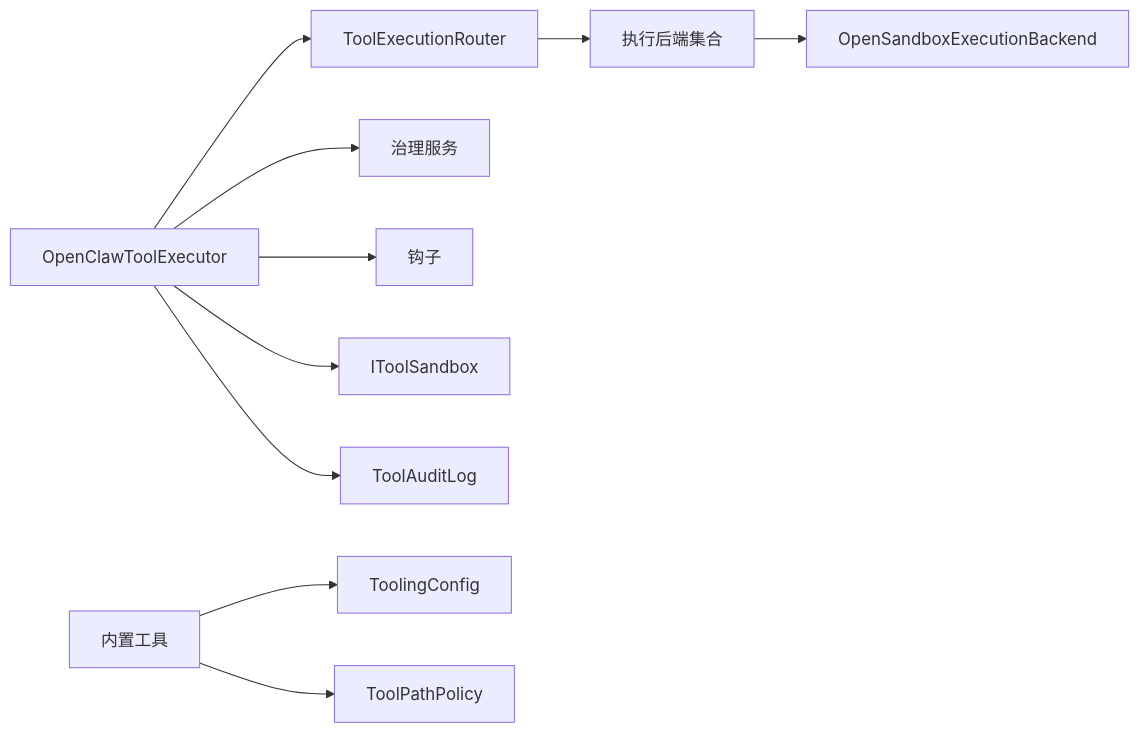
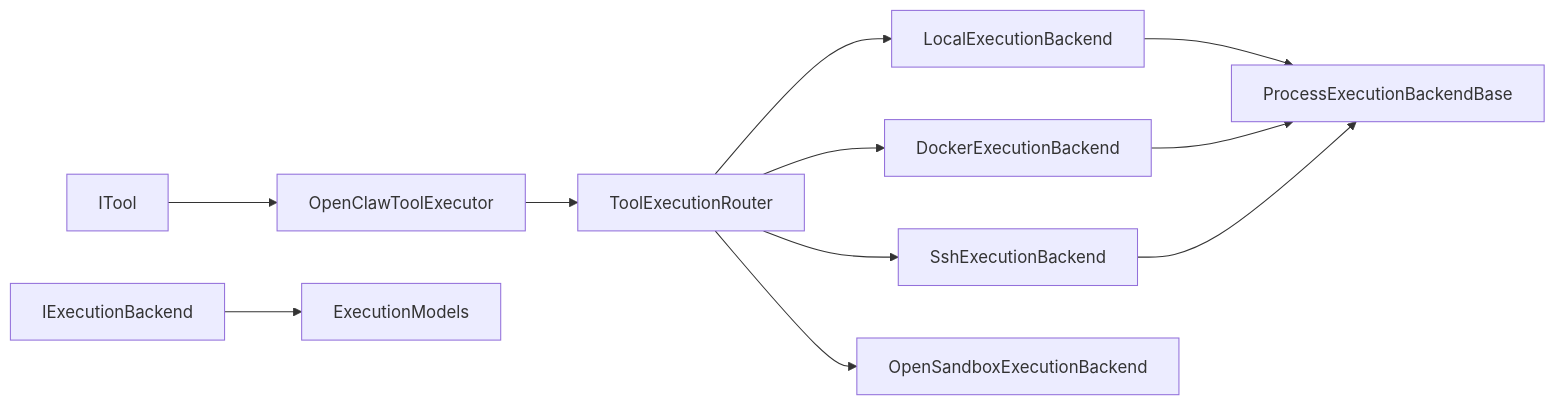
Before and after one commit to wayyet/kingcrab: the seventh of 7 diagrams in .qoder/repowiki/zh/content/工具系统/工具系统.md, drawn with Mermaid. The commit also changed other lines of this file and 173 other files, not shown here.

````diff
--- a/.qoder/repowiki/zh/content/工具系统/工具系统.md
+++ b/.qoder/repowiki/zh/content/工具系统/工具系统.md
@@ -370,12 +368,13 @@
 ```mermaid
 graph LR
-Executor["OpenClawToolExecutor"] --> Router["ToolExecutionRouter"]
-Executor --> Governance["治理服务"]
-Executor --> Hooks["钩子"]
-Executor --> Sandbox["IToolSandbox"]
-Executor --> Audit["ToolAuditLog"]
-Router --> Backends["执行后端集合"]
-Backends --> OpenSandbox["OpenSandboxExecutionBackend"]
-Tools["内置工具"] --> Config["ToolingConfig"]
-Tools --> PathPolicy["ToolPathPolicy"]
+ITool["ITool"] --> Executor["OpenClawToolExecutor"]
+Executor --> Router["ToolExecutionRouter"]
+Router --> Local["LocalExecutionBackend"]
+Router --> Docker["DockerExecutionBackend"]
+Router --> Ssh["SshExecutionBackend"]
+Router --> OpenSandbox["OpenSandboxExecutionBackend"]
+Local --> ProcBase["ProcessExecutionBackendBase"]
+Docker --> ProcBase
+Ssh --> ProcBase
+IExec["IExecutionBackend"] --> Models["ExecutionModels"]
 ```
````
